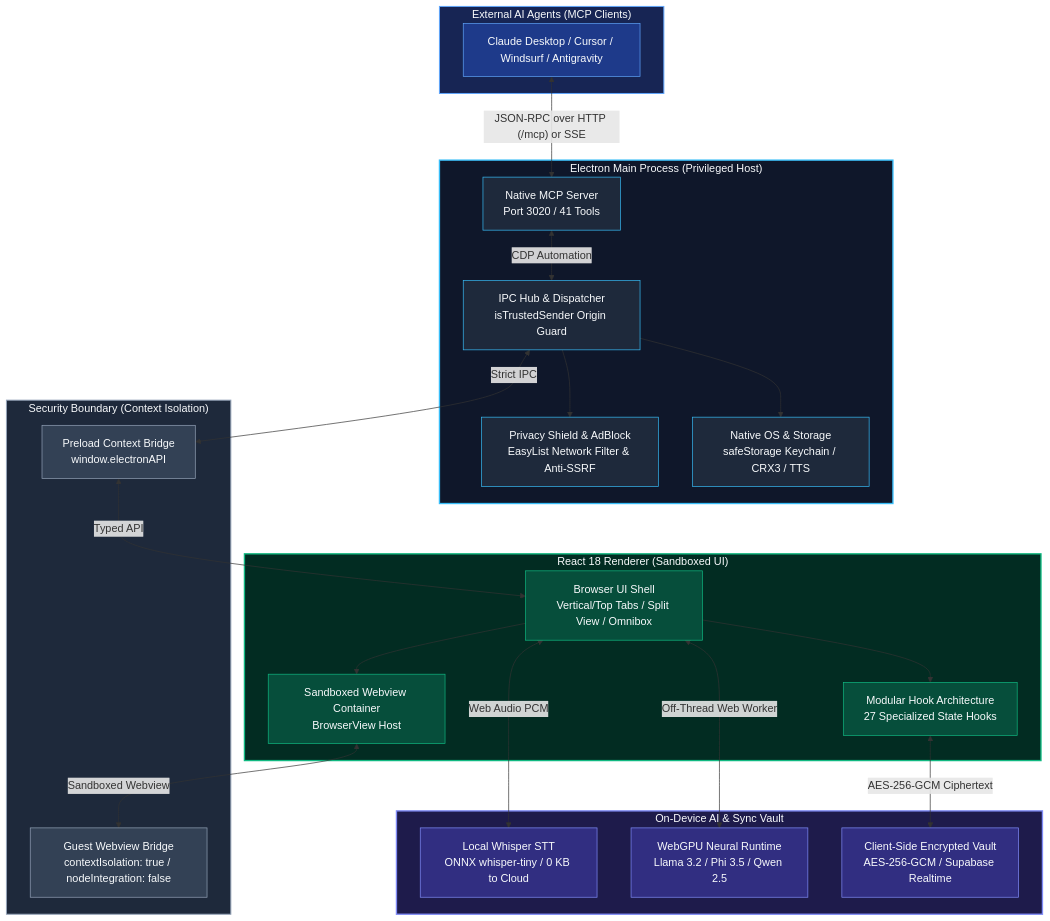
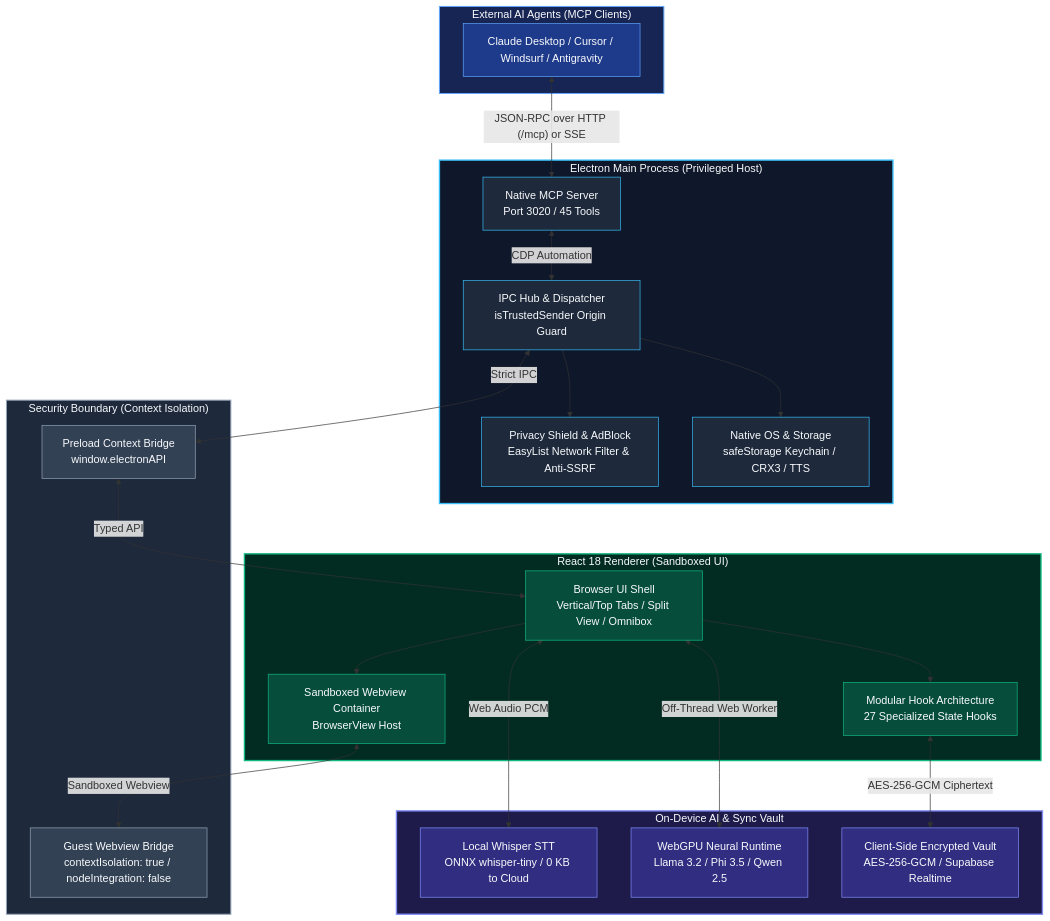
One commit to MOT1209/King_Browser changed the diagram in README.md. Above: the diagram before and after it, drawn with Mermaid. The commit also changed 1 other file, not shown here.

Commit message:
docs(readme): correct the tool count in the architecture diagram
The diagram said 41 tools; the registry has 45. tests/mcp_tool_schemas.test.ts now checks every total the README states, not only the two sentences it covered, and failed on the old diagram.
Claude-Session: https://claude.ai/code/session_01QMiPpGvBS5C1qdLJg5P4Bg

````diff
--- a/README.md
+++ b/README.md
@@ -661,69 +661,69 @@
 ```mermaid
 flowchart TB
     subgraph Clients["External AI Agents (MCP Clients)"]
         agentClient["Claude Desktop / Cursor / Windsurf / Antigravity"]
     end
 
     subgraph Main["Electron Main Process (Privileged Host)"]
-        mcp["Native MCP Server<br/>Port 3020 / 41 Tools"]
+        mcp["Native MCP Server<br/>Port 3020 / 45 Tools"]
         ipcMain["IPC Hub & Dispatcher<br/>isTrustedSender Origin Guard"]
         netShield["Privacy Shield & AdBlock<br/>EasyList Network Filter & Anti-SSRF"]
         osBridge["Native OS & Storage<br/>safeStorage Keychain / CRX3 / TTS"]
     end
 
     subgraph Boundary["Security Boundary (Context Isolation)"]
         preloadAPI["Preload Context Bridge<br/>window.electronAPI"]
         guestPreload["Guest Webview Bridge<br/>contextIsolation: true / nodeIntegration: false"]
     end
 
     subgraph Renderer["React 18 Renderer (Sandboxed UI)"]
         uiShell["Browser UI Shell<br/>Vertical/Top Tabs / Split View / Omnibox"]
         hookEngine["Modular Hook Architecture<br/>27 Specialized State Hooks"]
         viewHost["Sandboxed Webview Container<br/>BrowserView Host"]
     end
 
     subgraph Neural["On-Device AI & Sync Vault"]
         whisperEngine["Local Whisper STT<br/>ONNX whisper-tiny / 0 KB to Cloud"]
         webgpuEngine["WebGPU Neural Runtime<br/>Llama 3.2 / Phi 3.5 / Qwen 2.5"]
         syncVault["Client-Side Encrypted Vault<br/>AES-256-GCM / Supabase Realtime"]
     end
 
     agentClient <-->|"JSON-RPC over HTTP (/mcp) or SSE"| mcp
     mcp <-->|"CDP Automation"| ipcMain
     ipcMain <-->|"Strict IPC"| preloadAPI
     preloadAPI <-->|"Typed API"| uiShell
     ipcMain --> netShield
     ipcMain --> osBridge
 
     uiShell --> hookEngine
     uiShell --> viewHost
     viewHost <-->|"Sandboxed Webview"| guestPreload
 
     uiShell <-->|"Web Audio PCM"| whisperEngine
     uiShell <-->|"Off-Thread Web Worker"| webgpuEngine
     hookEngine <-->|"AES-256-GCM Ciphertext"| syncVault
 
     style Main fill:#0f172a,stroke:#38bdf8,stroke-width:2px,color:#f8fafc
     style Boundary fill:#1e293b,stroke:#94a3b8,stroke-width:1.5px,color:#f8fafc
     style Renderer fill:#022c22,stroke:#10b981,stroke-width:2px,color:#f8fafc
     style Neural fill:#1e1b4b,stroke:#818cf8,stroke-width:2px,color:#f8fafc
     style Clients fill:#172554,stroke:#60a5fa,stroke-width:1.5px,color:#f8fafc
 
     style mcp fill:#1e293b,stroke:#38bdf8,stroke-width:1px,color:#f8fafc
     style ipcMain fill:#1e293b,stroke:#38bdf8,stroke-width:1px,color:#f8fafc
     style netShield fill:#1e293b,stroke:#38bdf8,stroke-width:1px,color:#f8fafc
     style osBridge fill:#1e293b,stroke:#38bdf8,stroke-width:1px,color:#f8fafc
 
     style preloadAPI fill:#334155,stroke:#94a3b8,stroke-width:1px,color:#f8fafc
     style guestPreload fill:#334155,stroke:#94a3b8,stroke-width:1px,color:#f8fafc
 
     style uiShell fill:#064e3b,stroke:#10b981,stroke-width:1px,color:#f8fafc
     style hookEngine fill:#064e3b,stroke:#10b981,stroke-width:1px,color:#f8fafc
     style viewHost fill:#064e3b,stroke:#10b981,stroke-width:1px,color:#f8fafc
 
     style whisperEngine fill:#312e81,stroke:#818cf8,stroke-width:1px,color:#f8fafc
     style webgpuEngine fill:#312e81,stroke:#818cf8,stroke-width:1px,color:#f8fafc
     style syncVault fill:#312e81,stroke:#818cf8,stroke-width:1px,color:#f8fafc
 
     style agentClient fill:#1e3a8a,stroke:#60a5fa,stroke-width:1px,color:#f8fafc
 ```
````
